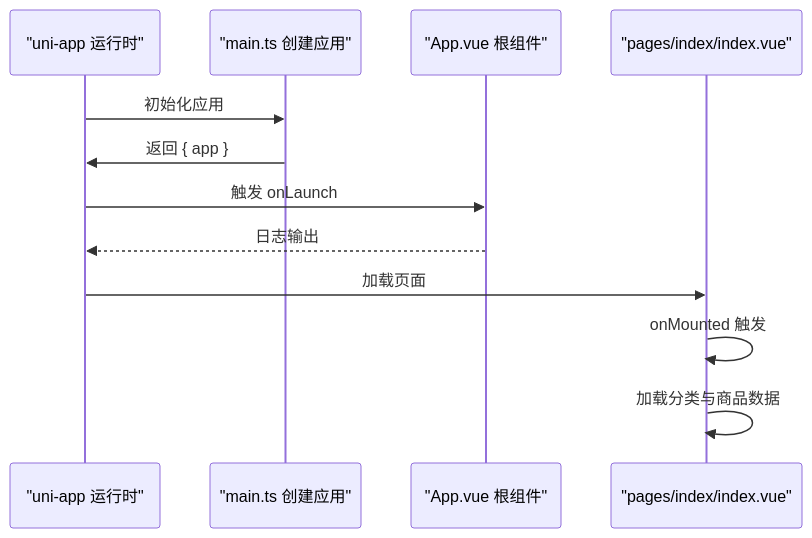
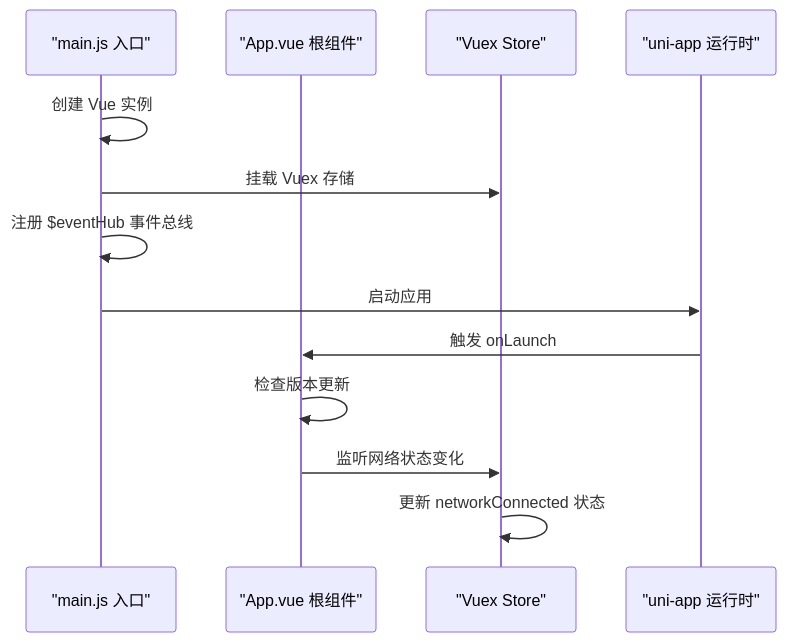
The third of 6 diagrams in .qoder/repowiki/zh/content/前端架构设计/小程序整体架构.md (QtImM/wechatMiniprogram_Store), drawn with Mermaid before and after one commit. The commit also changed other lines of this file and 109 other files, not shown here.

````diff
--- a/.qoder/repowiki/zh/content/前端架构设计/小程序整体架构.md
+++ b/.qoder/repowiki/zh/content/前端架构设计/小程序整体架构.md
@@ -128,14 +123,15 @@
 ```mermaid
 sequenceDiagram
+participant Main as "main.js 入口"
+participant App as "App.vue 根组件"
+participant Store as "Vuex Store"
 participant Runtime as "uni-app 运行时"
-participant Entry as "main.ts 创建应用"
-participant Root as "App.vue 根组件"
-participant Page as "pages/index/index.vue"
-Runtime->>Entry : 初始化应用
-Entry->>Runtime : 返回 { app }
-Runtime->>Root : 触发 onLaunch
-Root-->>Runtime : 日志输出
-Runtime->>Page : 加载页面
-Page->>Page : onMounted 触发
-Page->>Page : 加载分类与商品数据
+Main->>Main : 创建 Vue 实例
+Main->>Store : 挂载 Vuex 存储
+Main->>Main : 注册 $eventHub 事件总线
+Main->>Runtime : 启动应用
+Runtime->>App : 触发 onLaunch
+App->>App : 检查版本更新
+App->>Store : 监听网络状态变化
+Store->>Store : 更新 networkConnected 状态
 ```
````
